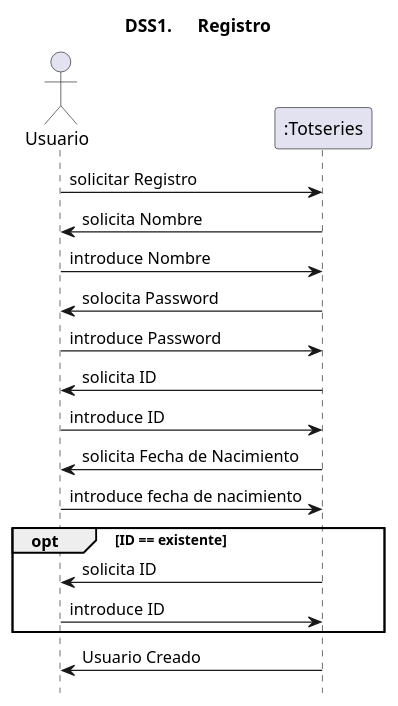
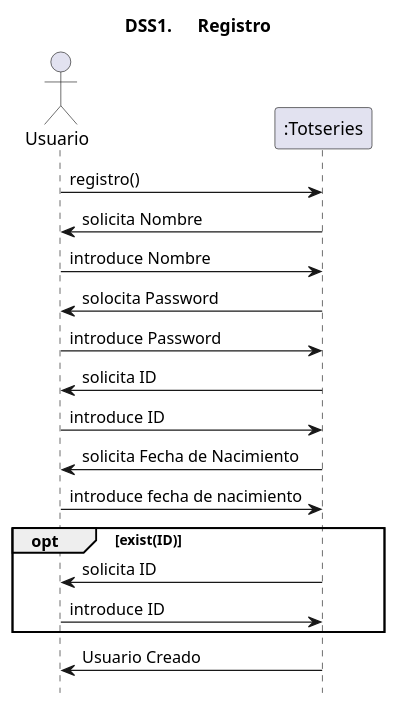
The diagram in src/totseries/Uml/Sistema/Diagrama de Sistema UC1.puml (MrViciao/TotSeries), drawn with PlantUML before and after one commit.

Commit message:
Update Diagrama de Sistema UC1.puml

```diff
--- a/src/totseries/Uml/Sistema/Diagrama de Sistema UC1.puml
+++ b/src/totseries/Uml/Sistema/Diagrama de Sistema UC1.puml
@@ -1,22 +1,22 @@
 @startuml
 title	DSS1.	Registro	
 '	ocultar	el	foot	si	son	curts,	sino	deixar-ho
 '	la	comanda	es	la	seguent
 hide	footbox
 'definicio	d'actors
 actor	Usuario	as	user
-user	->	":Totseries":solicitar Registro
+user	->	":Totseries":registro()
 ":Totseries" -> user :solicita Nombre
 user -> ":Totseries":introduce Nombre
 ":Totseries" -> user :solocita Password
 user -> ":Totseries" :introduce Password
 ":Totseries" -> user :solicita ID
 user -> ":Totseries" :introduce ID
 ":Totseries" -> user :solicita Fecha de Nacimiento
 user -> ":Totseries" :introduce fecha de nacimiento
-opt ID == existente
+opt exist(ID)
     ":Totseries" -> user :solicita ID
     user -> ":Totseries" :introduce ID
 end
 ":Totseries" -> user :Usuario Creado
 @enduml
```
